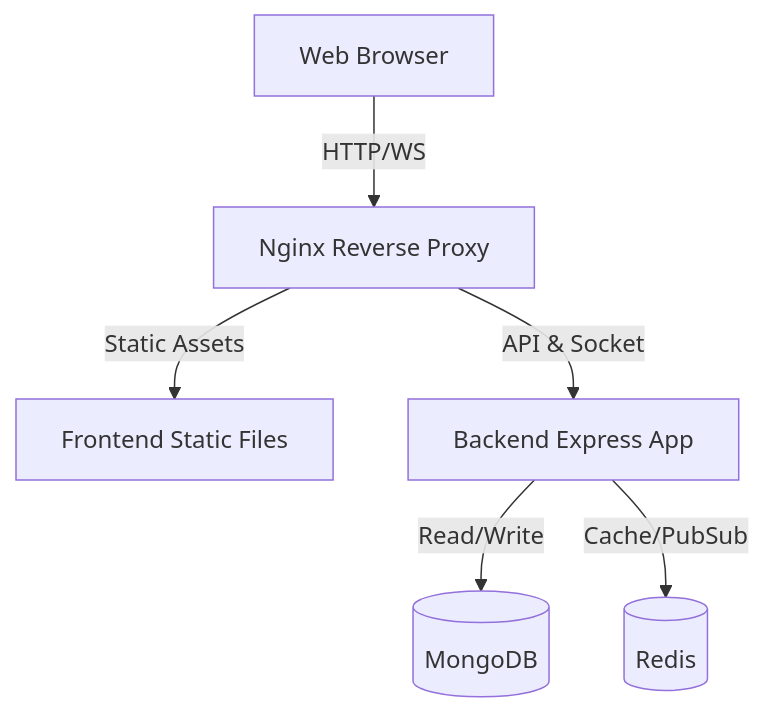
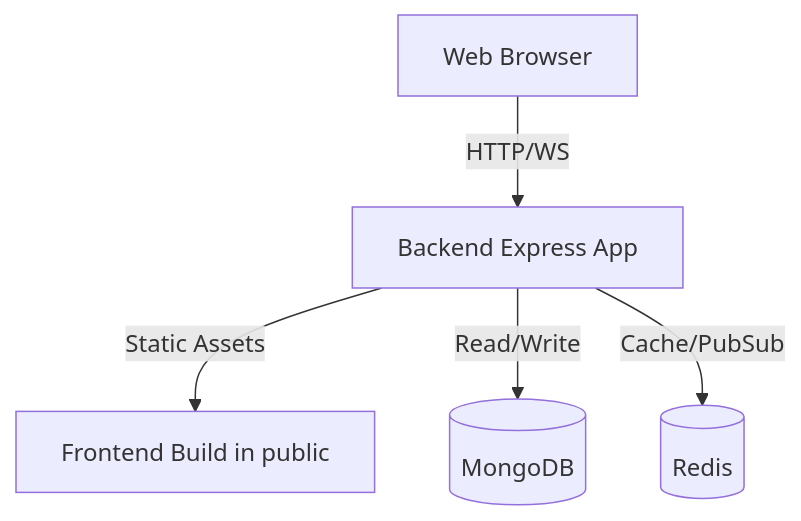
The diagram in README.md (rahulpawarITF/matserdashaboard), drawn with Mermaid before and after one commit. The commit also changed other lines of this file and 4 other files, not shown here.

````diff
--- a/README.md
+++ b/README.md
@@ -148,8 +171,7 @@
 ```mermaid
 graph TD
-    Client[Web Browser] -->|HTTP/WS| Nginx[Nginx Reverse Proxy]
-    Nginx -->|Static Assets| Frontend[Frontend Static Files]
-    Nginx -->|API & Socket| Backend[Backend Express App]
+   Client[Web Browser] -->|HTTP/WS| Backend[Backend Express App]
+   Backend -->|Static Assets| Frontend[Frontend Build in public]
     Backend -->|Read/Write| Mongo[(MongoDB)]
     Backend -->|Cache/PubSub| Redis[(Redis)]
 ```
````
